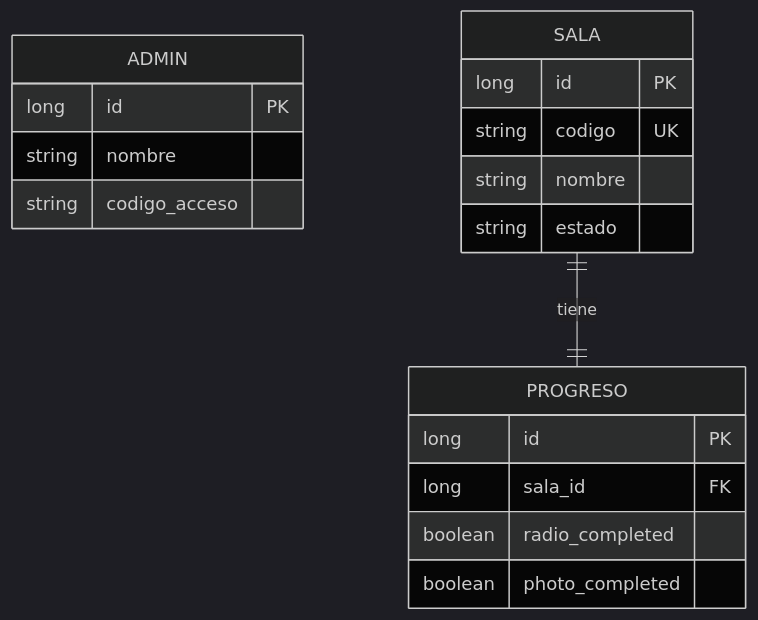
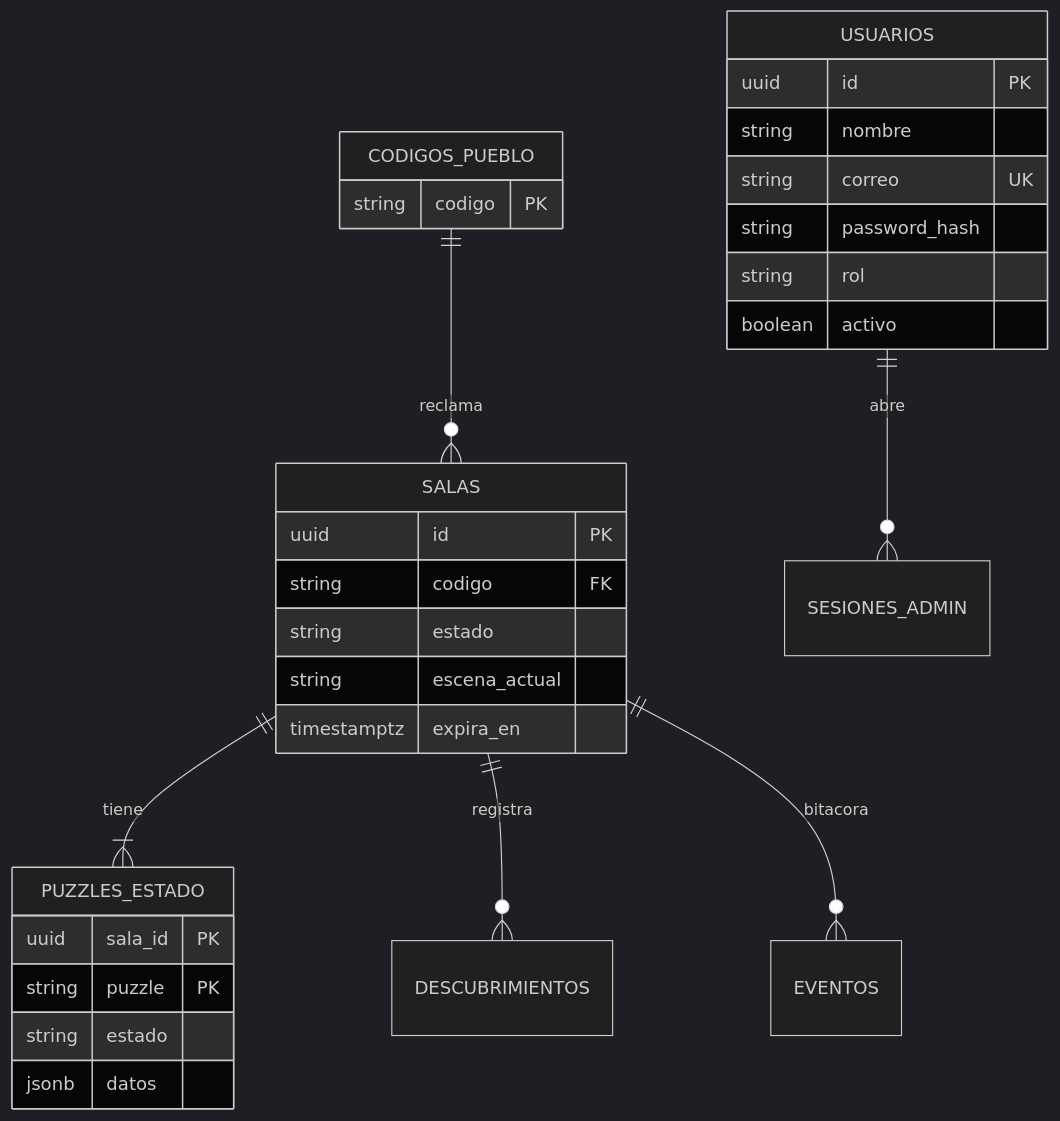
The second of 5 diagrams in README.md (AiltonMV/vestigia-pwa), drawn with Mermaid (dark theme) before and after one commit. The commit also changed other lines of this file, not shown here.

````diff
--- a/README.md
+++ b/README.md
@@ -73,21 +67,32 @@
 ```mermaid
 erDiagram
-    ADMIN {
-        long id PK
+    CODIGOS_PUEBLO ||--o{ SALAS : reclama
+    SALAS ||--|{ PUZZLES_ESTADO : tiene
+    SALAS ||--o{ DESCUBRIMIENTOS : registra
+    SALAS ||--o{ EVENTOS : bitacora
+    USUARIOS ||--o{ SESIONES_ADMIN : abre
+    CODIGOS_PUEBLO {
+        string codigo PK
+    }
+    SALAS {
+        uuid id PK
+        string codigo FK
+        string estado
+        string escena_actual
+        timestamptz expira_en
+    }
+    PUZZLES_ESTADO {
+        uuid sala_id PK
+        string puzzle PK
+        string estado
+        jsonb datos
+    }
+    USUARIOS {
+        uuid id PK
         string nombre
-        string codigo_acceso
+        string correo UK
+        string password_hash
+        string rol
+        boolean activo
     }
-    SALA {
-        long id PK
-        string codigo UK
-        string nombre
-        string estado
-    }
-    PROGRESO {
-        long id PK
-        long sala_id FK
-        boolean radio_completed
-        boolean photo_completed
-    }
-    SALA ||--|| PROGRESO : tiene
 ```
````
